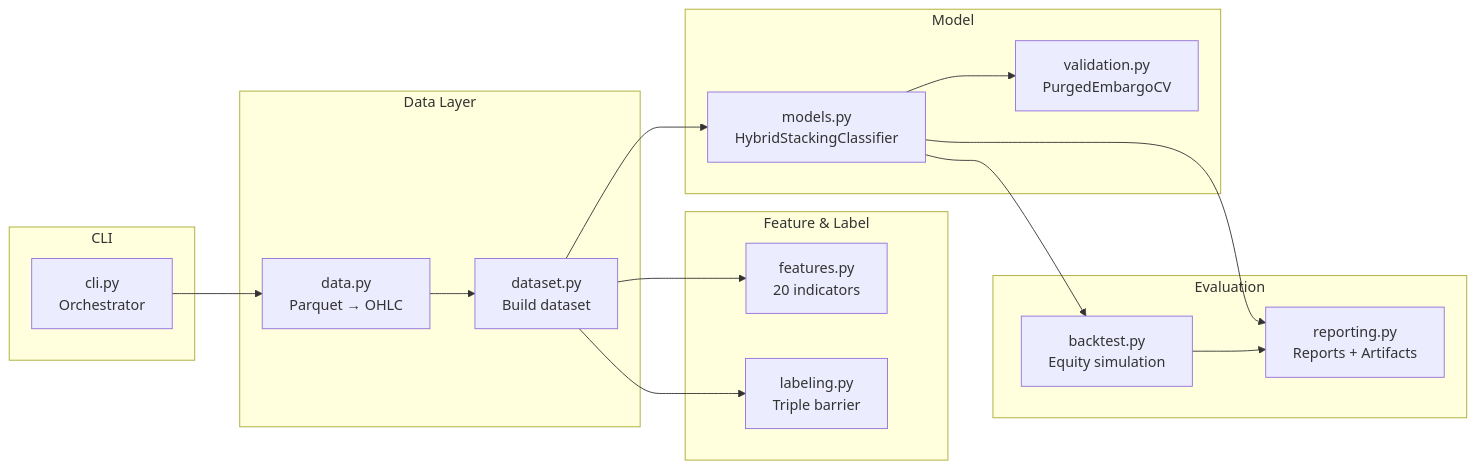
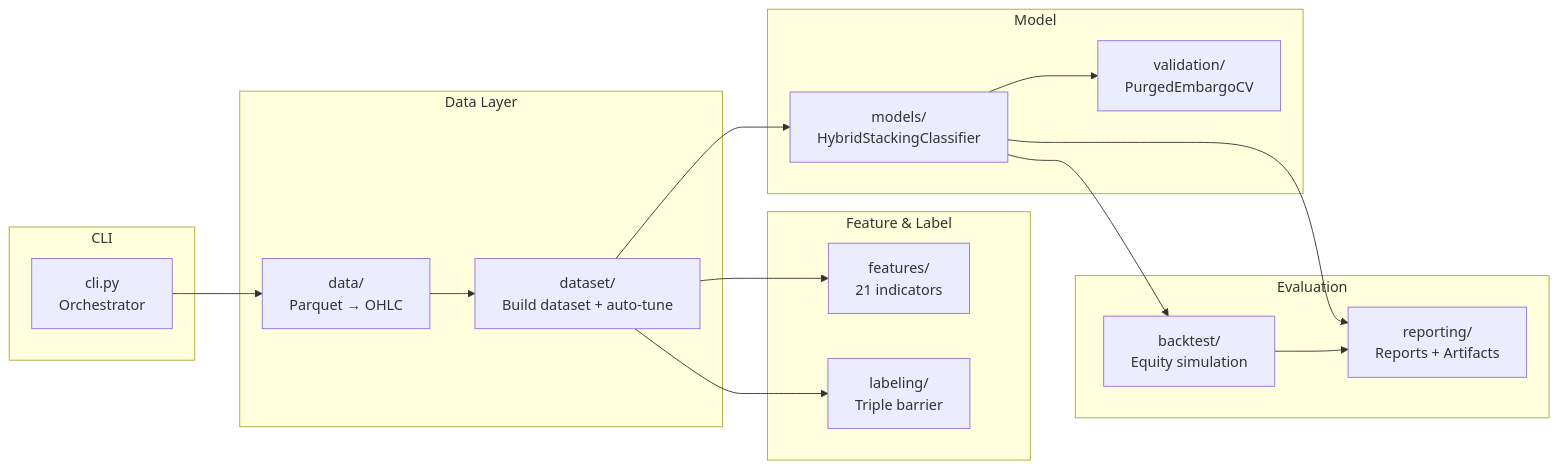
Before and after one commit to ultimateBroK/thesis-compact: the second of 2 diagrams in docs/architecture-overview.md, drawn with Mermaid. The commit also changed other lines of this file and 7 other files, not shown here.

````diff
--- a/docs/architecture-overview.md
+++ b/docs/architecture-overview.md
@@ -36,36 +36,36 @@
 ```mermaid
 graph LR
     subgraph CLI
         cli["cli.py<br/>Orchestrator"]
     end
 
     subgraph "Data Layer"
-        data["data.py<br/>Parquet → OHLC"]
-        dataset["dataset.py<br/>Build dataset"]
+        data["data/<br/>Parquet → OHLC"]
+        dataset["dataset/<br/>Build dataset + auto-tune"]
     end
 
     subgraph "Feature & Label"
-        features["features.py<br/>20 indicators"]
-        labeling["labeling.py<br/>Triple barrier"]
+        features["features/<br/>21 indicators"]
+        labeling["labeling/<br/>Triple barrier"]
     end
 
     subgraph "Model"
-        validation["validation.py<br/>PurgedEmbargoCV"]
-        models["models.py<br/>HybridStackingClassifier"]
+        validation["validation/<br/>PurgedEmbargoCV"]
+        models["models/<br/>HybridStackingClassifier"]
     end
 
     subgraph "Evaluation"
-        backtest["backtest.py<br/>Equity simulation"]
-        reporting["reporting.py<br/>Reports + Artifacts"]
+        backtest["backtest/<br/>Equity simulation"]
+        reporting["reporting/<br/>Reports + Artifacts"]
     end
 
     cli --> data
     data --> dataset
     dataset --> features
     dataset --> labeling
     dataset --> models
     models --> validation
     models --> backtest
     models --> reporting
     backtest --> reporting
 ```
````
